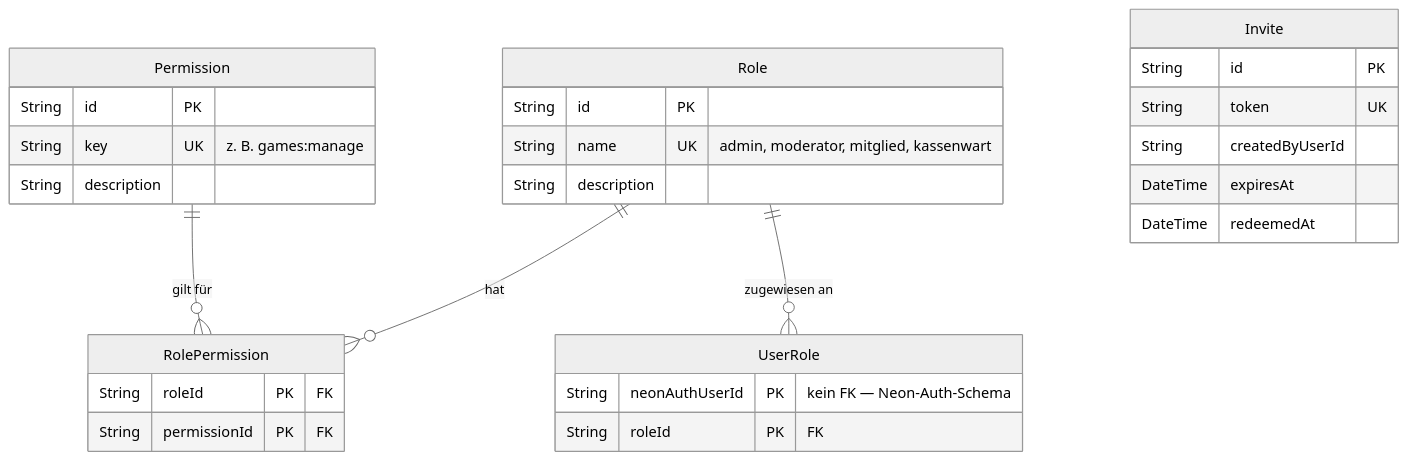
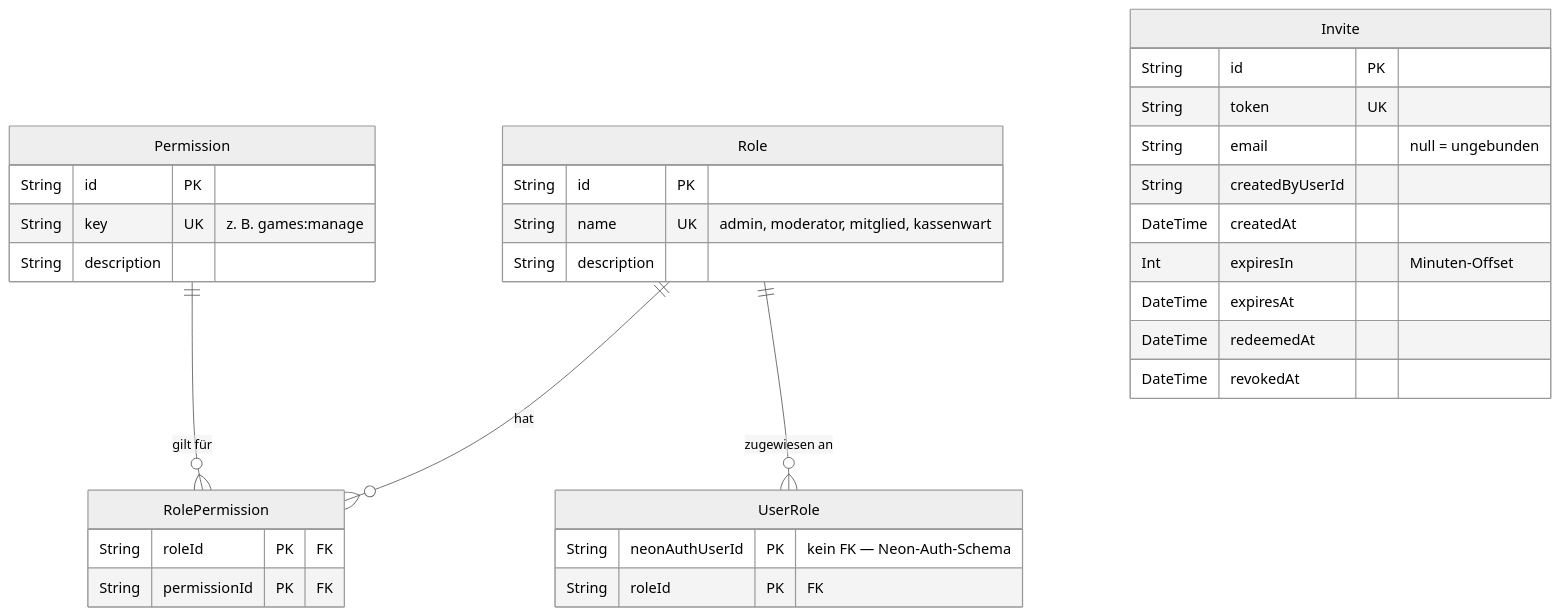
Before and after one commit to oecher-meeples/portal: the first of 5 diagrams in docs/schema.md, drawn with Mermaid (neutral theme). The commit also changed other lines of this file and 1 other file, not shown here.

Commit message:
docs: document bound/unbound invites and CopyButton reuse

````diff
--- a/docs/schema.md
+++ b/docs/schema.md
@@ -21,36 +21,40 @@
 ```mermaid
 erDiagram
     Permission {
         String id PK
         String key UK "z. B. games:manage"
         String description
     }
 
     Role {
         String id PK
         String name UK "admin, moderator, mitglied, kassenwart"
         String description
     }
 
     RolePermission {
         String roleId PK "FK"
         String permissionId PK "FK"
     }
 
     UserRole {
         String neonAuthUserId PK "kein FK — Neon-Auth-Schema"
         String roleId PK "FK"
     }
 
     Invite {
         String id PK
         String token UK
+        String email "null = ungebunden"
         String createdByUserId
+        DateTime createdAt
+        Int expiresIn "Minuten-Offset"
         DateTime expiresAt
         DateTime redeemedAt
+        DateTime revokedAt
     }
 
     Role ||--o{ RolePermission : "hat"
     Permission ||--o{ RolePermission : "gilt für"
     Role ||--o{ UserRole : "zugewiesen an"
 ```
````
